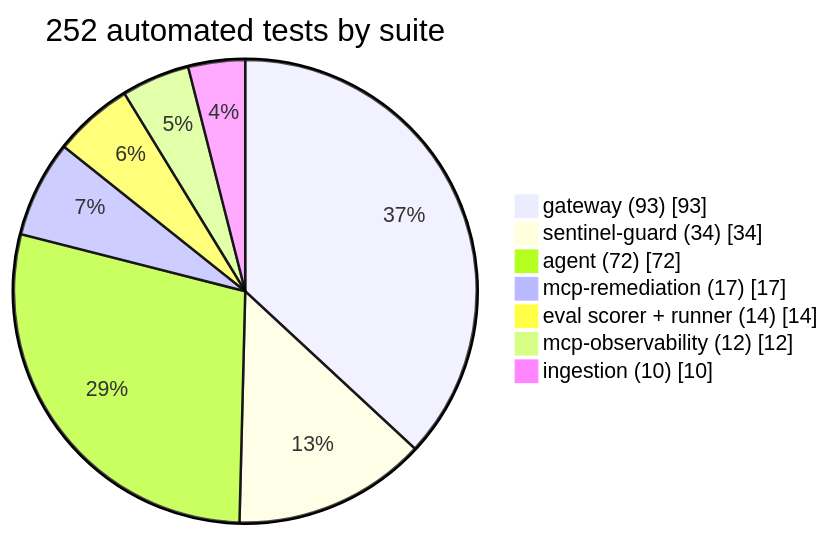
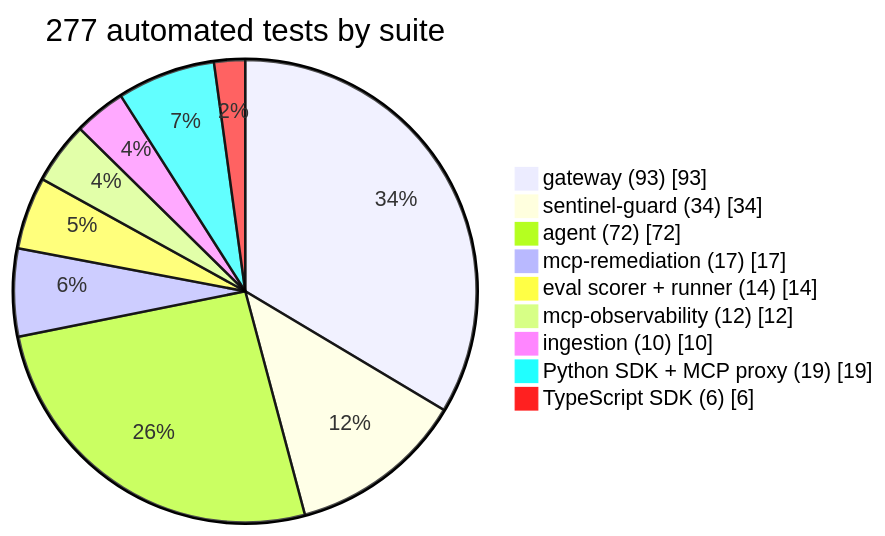
One commit to abdulmdev/sentinel-incident-copilot changed the diagram in docs/handbook/diagrams/14-chart-tests-by-suite.mmd. Above: the diagram before and after it, drawn with Mermaid. The commit also changed 52 other files, not shown here.

First line of the commit message:
SDKs and an MCP proxy: Sentinel Guard for agents outside Kubernetes

```diff
--- a/docs/handbook/diagrams/14-chart-tests-by-suite.mmd
+++ b/docs/handbook/diagrams/14-chart-tests-by-suite.mmd
@@ -1,9 +1,11 @@
 pie showData
-  title 252 automated tests by suite
+  title 277 automated tests by suite
   "gateway (93)" : 93
   "sentinel-guard (34)" : 34
   "agent (72)" : 72
   "mcp-remediation (17)" : 17
   "eval scorer + runner (14)" : 14
   "mcp-observability (12)" : 12
   "ingestion (10)" : 10
+  "Python SDK + MCP proxy (19)" : 19
+  "TypeScript SDK (6)" : 6
```
